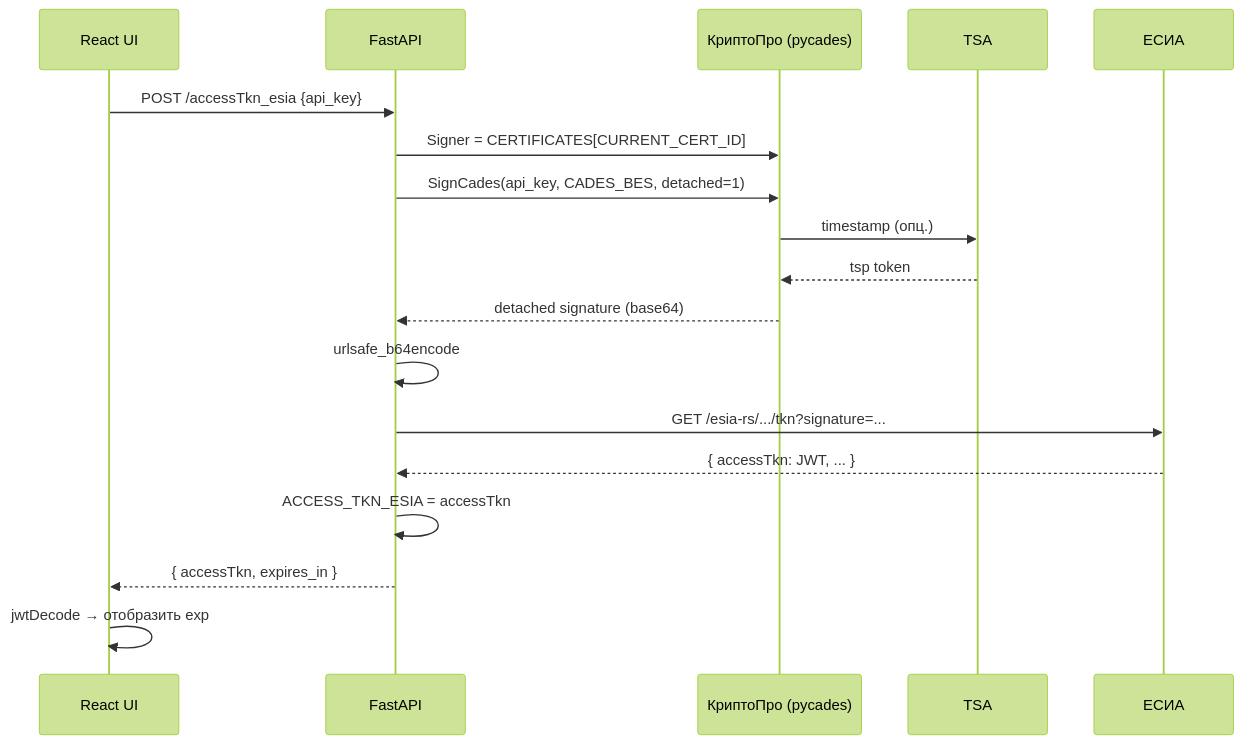
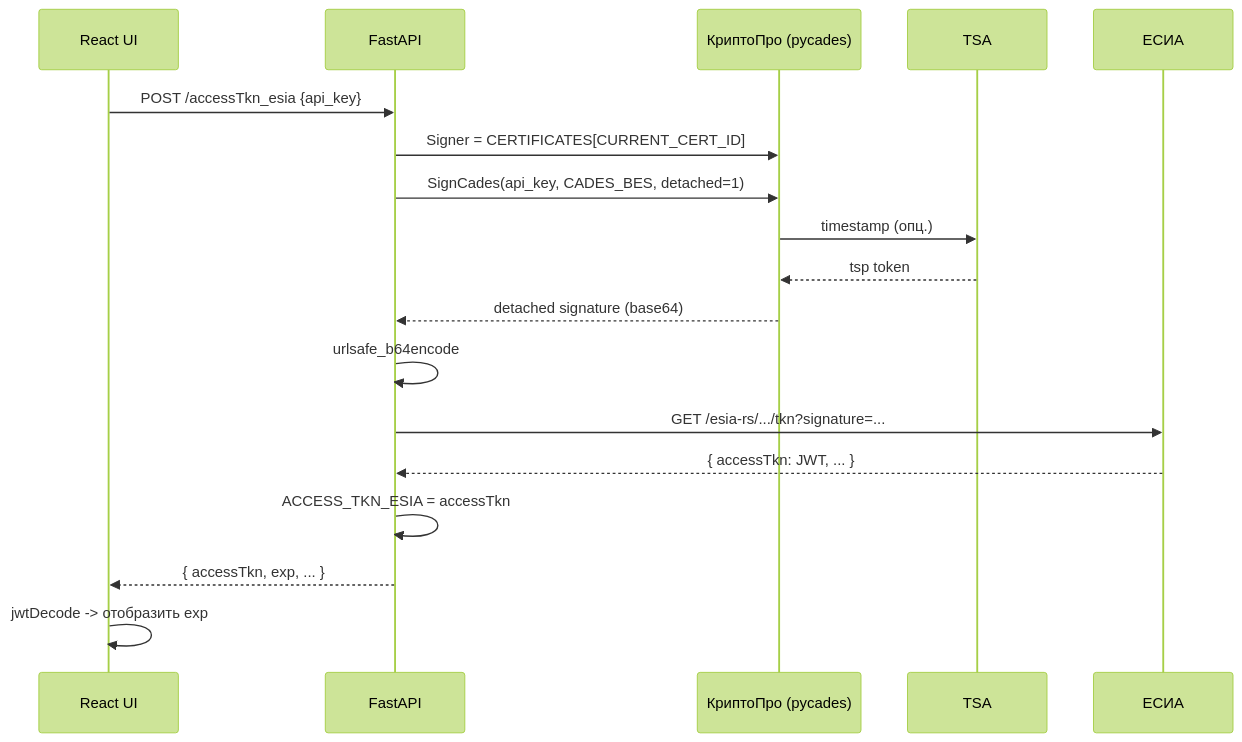
One commit to yellow444/epgu changed the first of 6 diagrams in docs/sequence-diagrams.md. Above: the diagram before and after it, drawn with Mermaid (forest theme). The commit also changed other lines of this file and 128 other files, not shown here.

````diff
--- a/docs/sequence-diagrams.md
+++ b/docs/sequence-diagrams.md
@@ -7,21 +7,21 @@
 ```mermaid
 sequenceDiagram
     participant UI as React UI
     participant API as FastAPI
     participant CSP as КриптоПро (pycades)
     participant TSA as TSA
     participant ESIA as ЕСИА
 
     UI->>API: POST /accessTkn_esia {api_key}
     API->>CSP: Signer = CERTIFICATES[CURRENT_CERT_ID]
     API->>CSP: SignCades(api_key, CADES_BES, detached=1)
     CSP->>TSA: timestamp (опц.)
     TSA-->>CSP: tsp token
     CSP-->>API: detached signature (base64)
     API->>API: urlsafe_b64encode
     API->>ESIA: GET /esia-rs/.../tkn?signature=...
     ESIA-->>API: { accessTkn: JWT, ... }
     API->>API: ACCESS_TKN_ESIA = accessTkn
-    API-->>UI: { accessTkn, expires_in }
-    UI->>UI: jwtDecode → отобразить exp
+    API-->>UI: { accessTkn, exp, ... }
+    UI->>UI: jwtDecode -> отобразить exp
 ```
````
